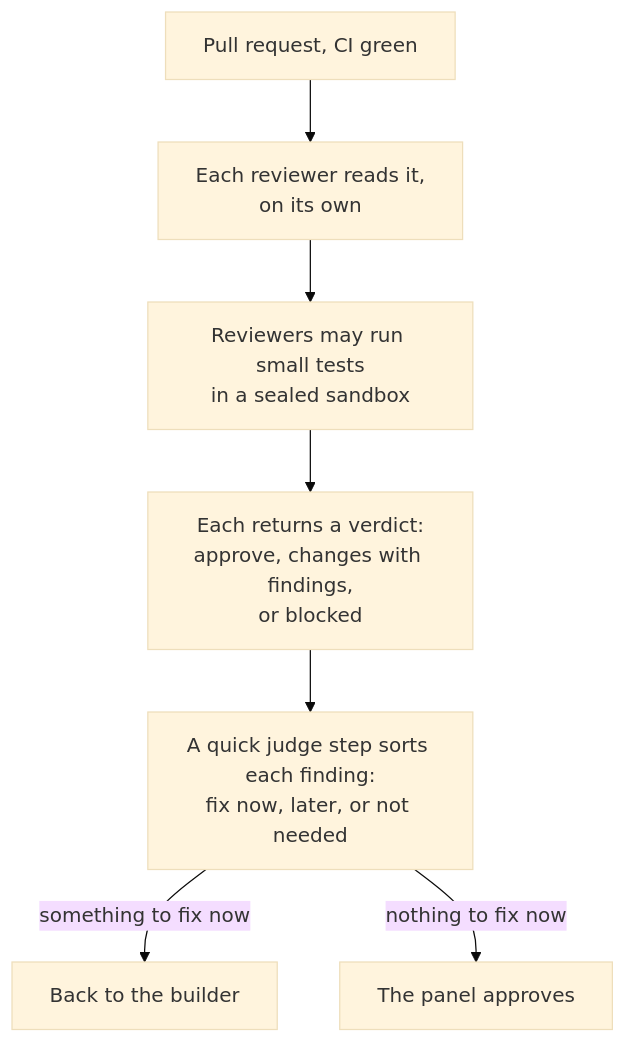
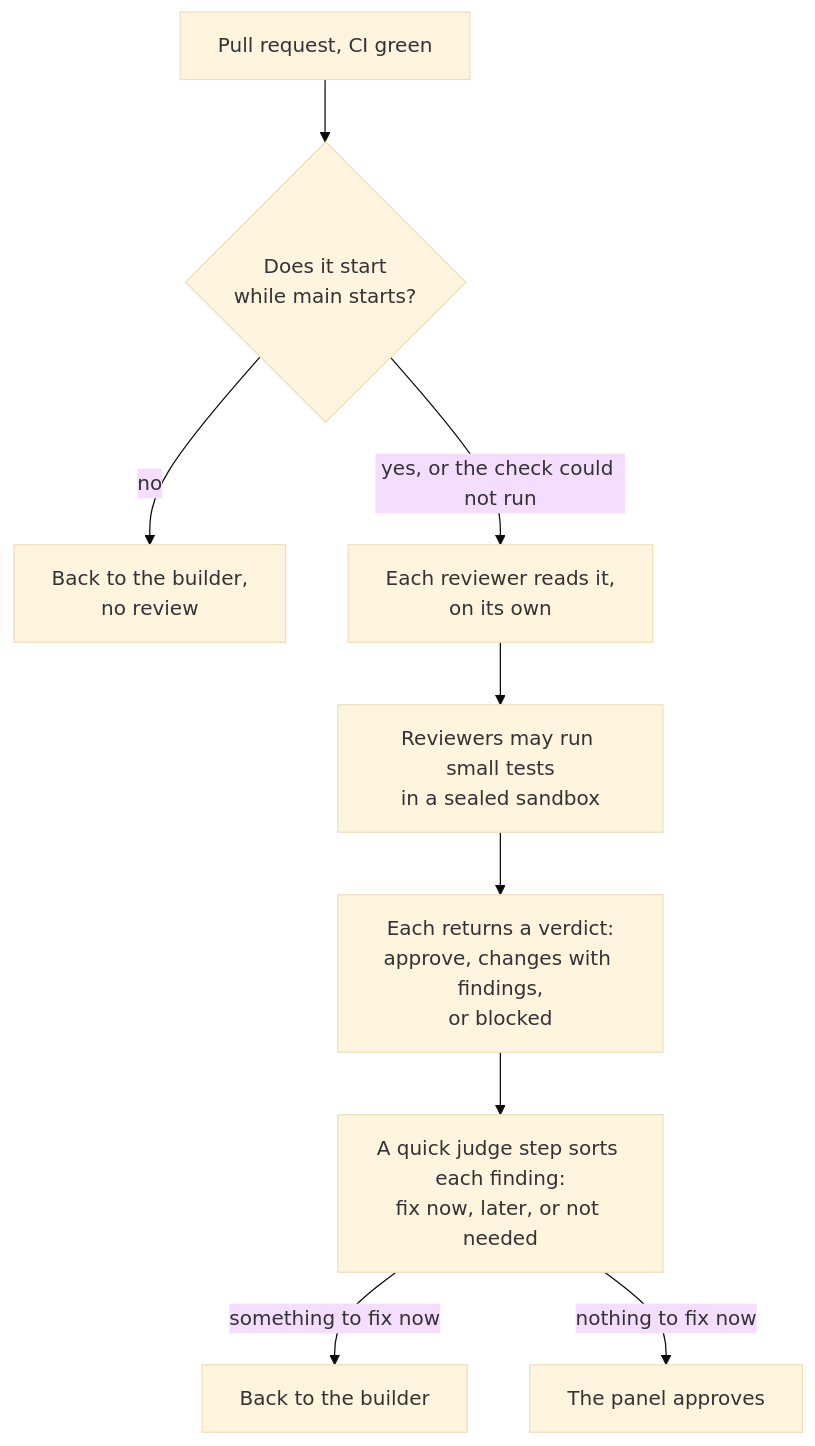
The fourth of 5 diagrams in docs/guide/the-journey-of-a-task.md (shinyredapples/intakt), drawn with Mermaid (base theme) before and after one commit. The commit also changed other lines of this file and 5 other files, not shown here.

````diff
--- a/docs/guide/the-journey-of-a-task.md
+++ b/docs/guide/the-journey-of-a-task.md
@@ -88,9 +88,11 @@
 ```mermaid
 flowchart TD
-  pr[Pull request, CI green] --> panel[Each reviewer reads it,<br/>on its own]
+  pr[Pull request, CI green] --> boot{Does it start<br/>while main starts?}
+  boot -- no --> back[Back to the builder,<br/>no review]
+  boot -- yes, or the check could not run --> panel[Each reviewer reads it,<br/>on its own]
   panel --> probes[Reviewers may run small tests<br/>in a sealed sandbox]
   probes --> verdicts[Each returns a verdict:<br/>approve, changes with findings,<br/>or blocked]
   verdicts --> judge[A quick judge step sorts each finding:<br/>fix now, later, or not needed]
   judge -- something to fix now --> build[Back to the builder]
   judge -- nothing to fix now --> pass[The panel approves]
 ```
````
